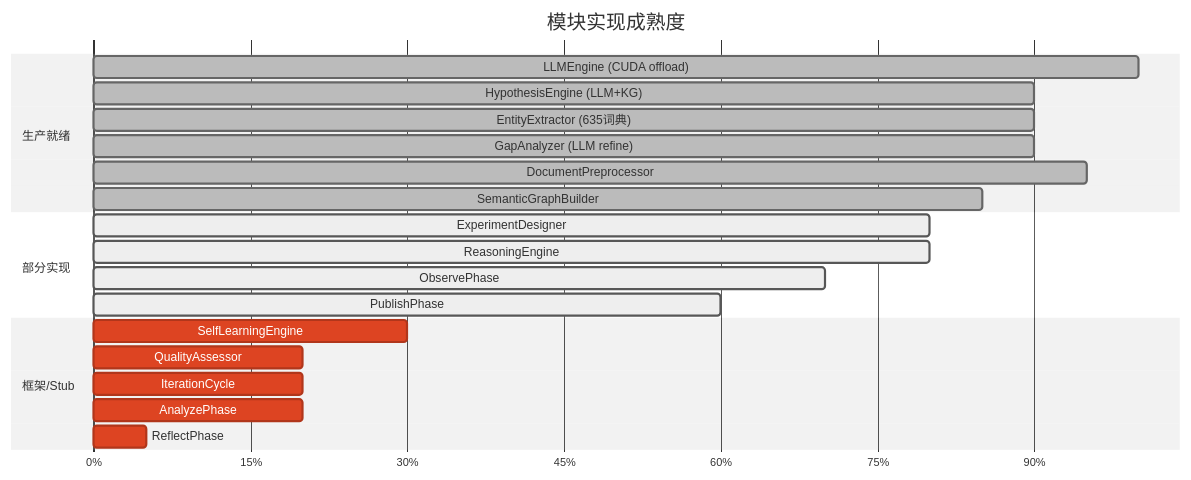
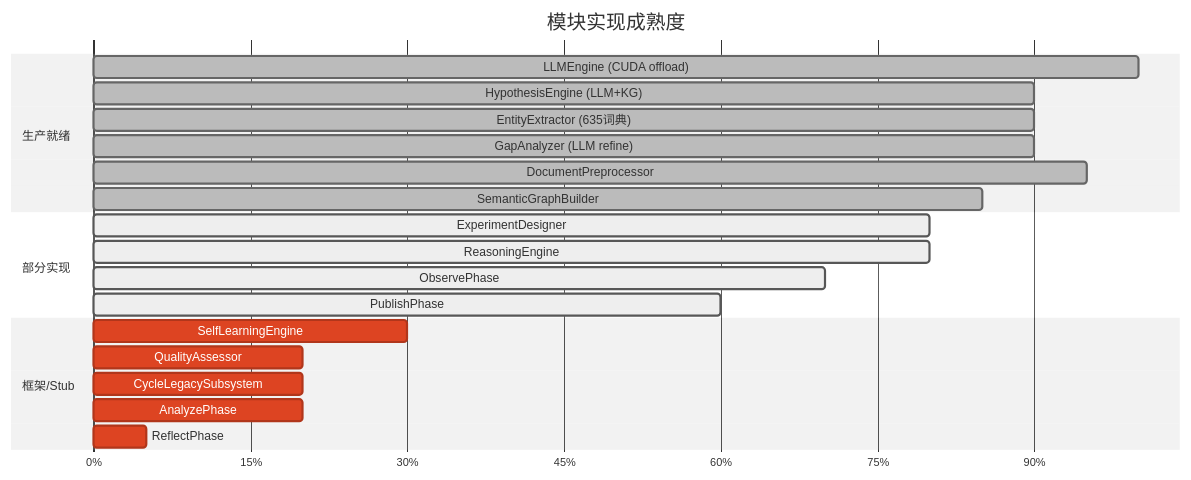
One commit to guose1314/tcmautoresearch changed the fifth of 6 diagrams in ARCHITECTURE_AUDIT_2026_04_06.md. Above: the diagram before and after it, drawn with Mermaid (neutral theme). The commit also changed other lines of this file and 80 other files, not shown here.

````diff
--- a/ARCHITECTURE_AUDIT_2026_04_06.md
+++ b/ARCHITECTURE_AUDIT_2026_04_06.md
@@ -209,27 +209,27 @@
 ```mermaid
 gantt
     title 模块实现成熟度
     dateFormat X
     axisFormat %s%%
 
     section 生产就绪
     LLMEngine (CUDA offload)     :done, 0, 100
     HypothesisEngine (LLM+KG)   :done, 0, 90
     EntityExtractor (635词典)     :done, 0, 90
     GapAnalyzer (LLM refine)     :done, 0, 90
     DocumentPreprocessor         :done, 0, 95
     SemanticGraphBuilder         :done, 0, 85
 
     section 部分实现
     ExperimentDesigner           :active, 0, 80
     ReasoningEngine              :active, 0, 80
     ObservePhase                 :active, 0, 70
     PublishPhase                 :active, 0, 60
 
     section 框架/Stub
     SelfLearningEngine           :crit, 0, 30
     QualityAssessor              :crit, 0, 20
-    IterationCycle               :crit, 0, 20
+    CycleLegacySubsystem         :crit, 0, 20
     AnalyzePhase                 :crit, 0, 20
     ReflectPhase                 :crit, 0, 5
 ```
````
